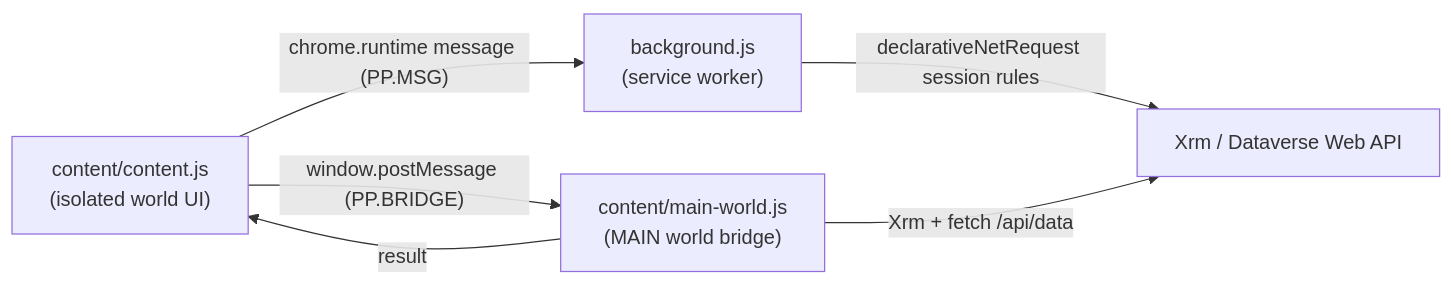
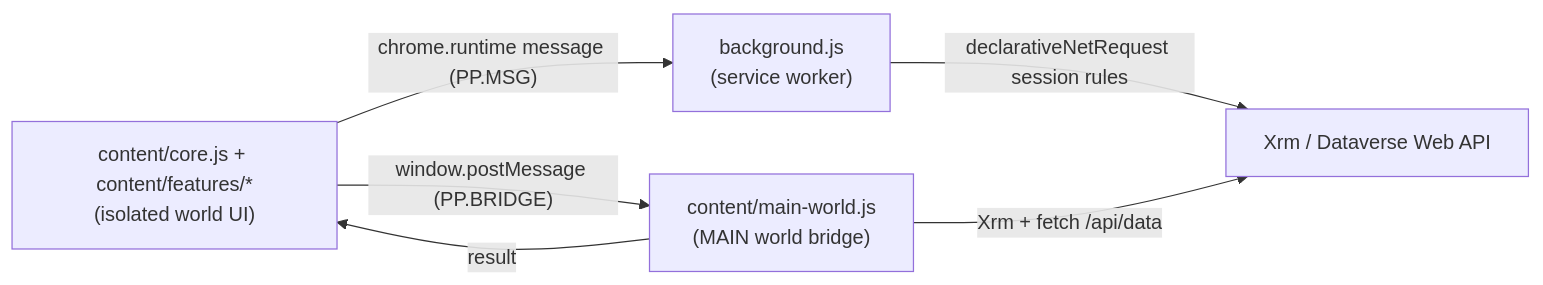
One commit to Musecanyang/dynamics-365-power-pane-next changed the diagram in README.md. Above: the diagram before and after it, drawn with Mermaid. The commit also changed other lines of this file and 2 other files, not shown here.

````diff
--- a/README.md
+++ b/README.md
@@ -135,12 +141,12 @@
 ```mermaid
 flowchart LR
-  UI["content/content.js<br/>(isolated world UI)"]
+  UI["content/core.js + content/features/*<br/>(isolated world UI)"]
   BR["content/main-world.js<br/>(MAIN world bridge)"]
   BG["background.js<br/>(service worker)"]
   XRM["Xrm / Dataverse Web API"]
   UI -- "window.postMessage (PP.BRIDGE)" --> BR
   BR -- "result" --> UI
   UI -- "chrome.runtime message (PP.MSG)" --> BG
   BG -- "declarativeNetRequest session rules" --> XRM
   BR -- "Xrm + fetch /api/data" --> XRM
 ```
````
